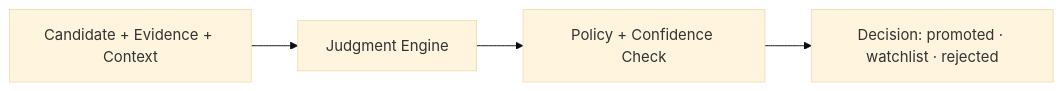
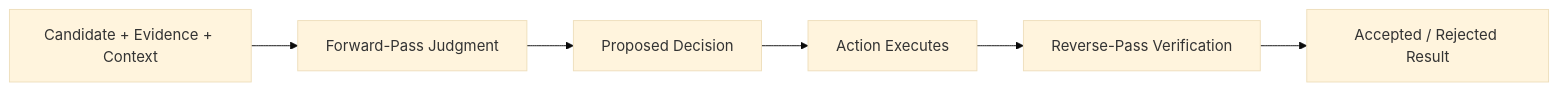
One commit to BytemasterWez/arbiter-public changed the diagram in README.md. Above: the diagram before and after it, drawn with Mermaid (base theme). The commit also changed other lines of this file, not shown here.

````diff
--- a/README.md
+++ b/README.md
@@ -97,7 +87,9 @@
 ```mermaid
 flowchart LR
     IN["Candidate + Evidence + Context"]
-    --> JUDGE["Judgment Engine"]
-    --> GATE["Policy + Confidence Check"]
-    --> OUT["Decision: promoted · watchlist · rejected"]
+    --> FWD["Forward-Pass Judgment"]
+    --> DECIDE["Proposed Decision"]
+    --> ACT["Action Executes"]
+    --> REV["Reverse-Pass Verification"]
+    --> OUT["Accepted / Rejected Result"]
 ```
````
